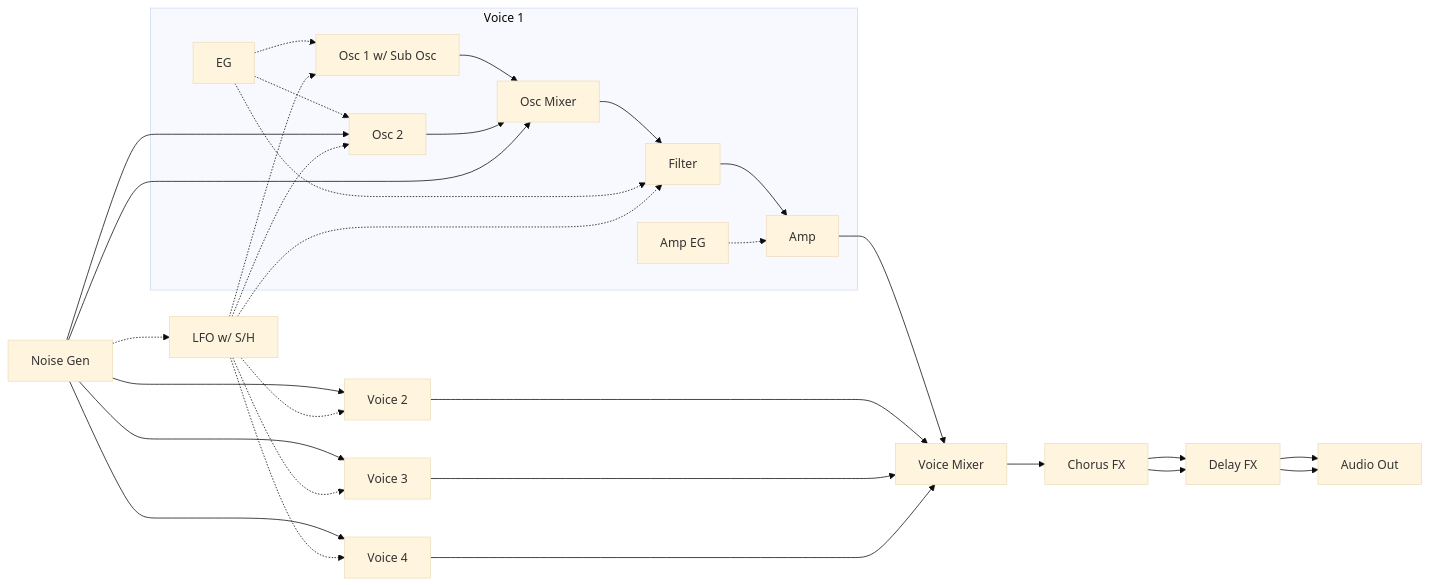
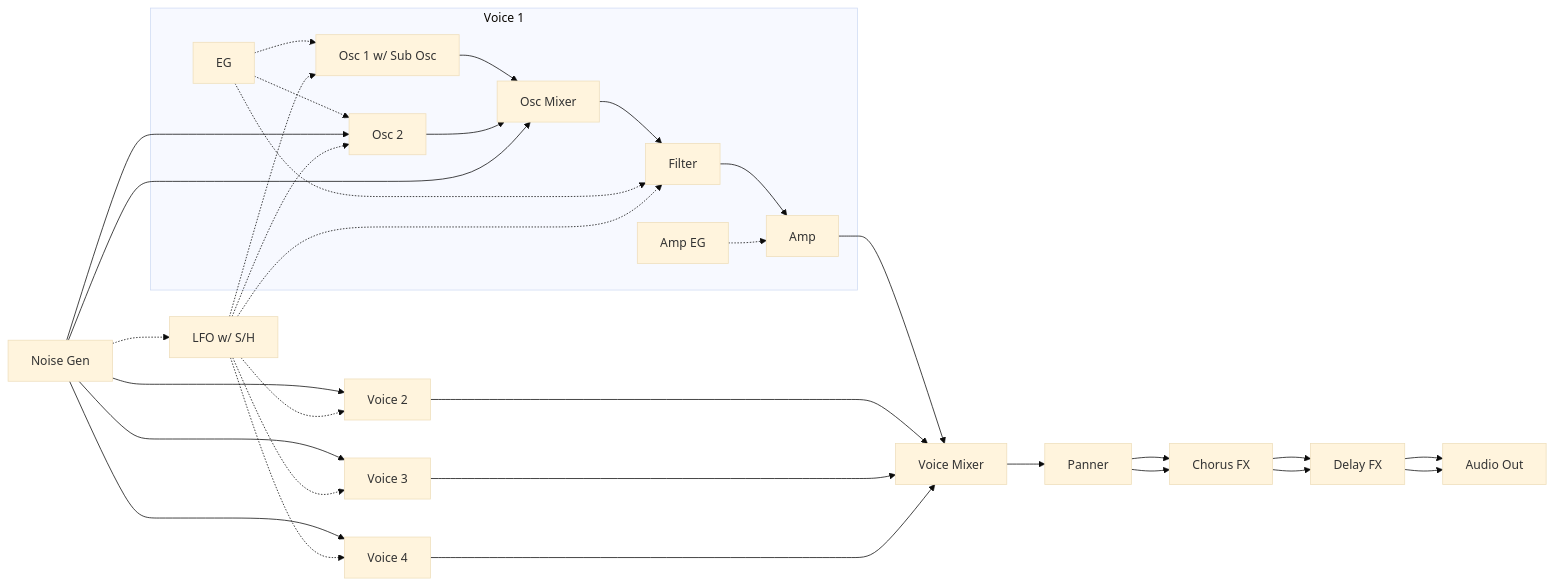
The diagram in README.md (risgk/digital-synth-pra32-u2), drawn with Mermaid (base theme) before and after one commit. The commit also changed 12 other files, not shown here.

````diff
--- a/README.md
+++ b/README.md
@@ -182,18 +182,18 @@
 ```mermaid
 graph LR
     subgraph V1[Voice 1]
         V1O1[Osc 1 w/ Sub Osc] --> V1OM[Osc Mixer]
         V1O2[Osc 2] --> V1OM
         V1OM --> V1F[Filter]
         V1F --> V1A[Amp]
         E[EG] -.-> V1O1 & V1O2 & V1F
         V1AE[Amp EG] -.-> V1A
     end
     V1A --> VM[Voice Mixer]
     V2[Voice 2] & V3[Voice 3] & V4[Voice 4] --> VM
-    VM --> C[Chorus FX] --> D[Delay FX] --> AO[Audio Out]
-    C --> D --> AO
+    VM --> P[Panner] --> C[Chorus FX] --> D[Delay FX] --> AO[Audio Out]
+    P --> C --> D --> AO
     N[Noise Gen]  --> V1O2 & V1OM & V2 & V3 & V4
     N -.-> L[LFO w/ S/H]
     L -.-> V1O1 & V1O2 & V1F & V2 & V3 & V4
 ```
````
